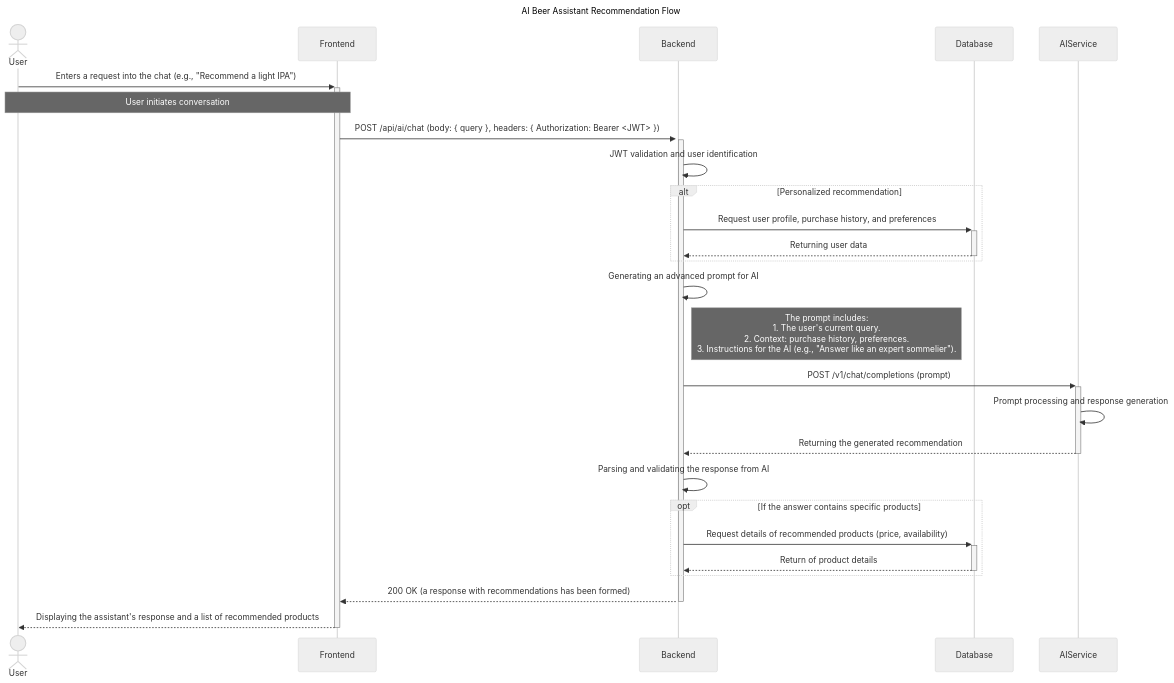
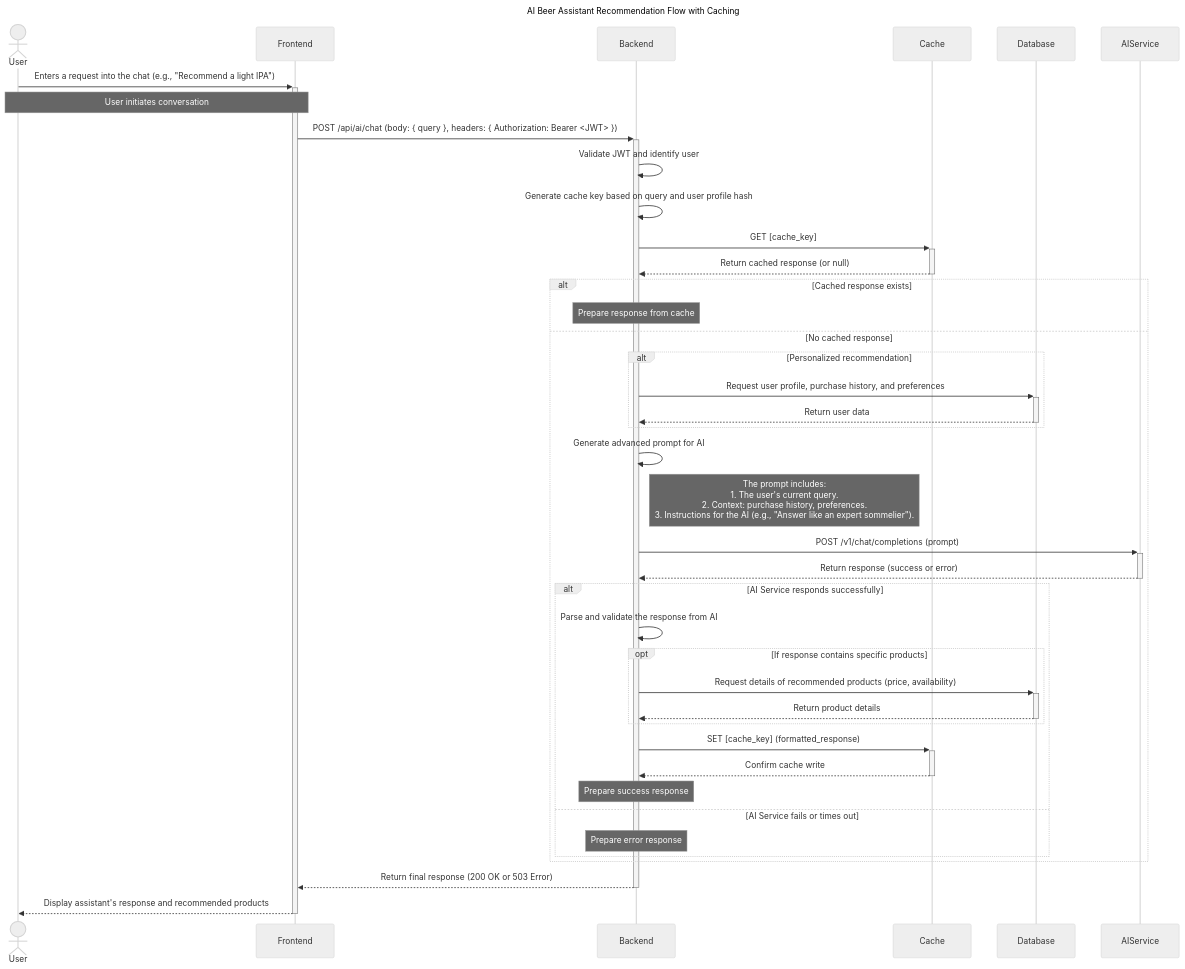
One commit to Beerhood/beer-shop-ai-api changed the diagram in docs/sequence-diagrams/ai-interaction.md. Above: the diagram before and after it, drawn with Mermaid (neutral theme).

Commit message:
docs(ai): add cache in sequence diagram

````diff
--- a/docs/sequence-diagrams/ai-interaction.md
+++ b/docs/sequence-diagrams/ai-interaction.md
@@ -5,42 +5,56 @@
 ```mermaid
 sequenceDiagram
     actor User
     participant Frontend
     participant Backend
+    participant Cache
     participant Database
     participant AIService
 
-    Title: AI Beer Assistant Recommendation Flow
+    Title: AI Beer Assistant Recommendation Flow with Caching
 
     User->>+Frontend: Enters a request into the chat (e.g., "Recommend a light IPA")
     note over User, Frontend: User initiates conversation
 
     Frontend->>+Backend: POST /api/ai/chat (body: { query }, headers: { Authorization: Bearer <JWT> })
 
-    activate Backend
-    Backend->>Backend: JWT validation and user identification
+    Backend->>Backend: Validate JWT and identify user
+    Backend->>Backend: Generate cache key based on query and user profile hash
 
-    alt Personalized recommendation
-        Backend->>+Database: Request user profile, purchase history, and preferences
-        Database-->>-Backend: Returning user data
+    Backend->>+Cache: GET [cache_key]
+    Cache-->>-Backend: Return cached response (or null)
+
+    alt Cached response exists
+        note over Backend: Prepare response from cache
+    else No cached response
+        alt Personalized recommendation
+            Backend->>+Database: Request user profile, purchase history, and preferences
+            Database-->>-Backend: Return user data
+        end
+
+        Backend->>Backend: Generate advanced prompt for AI
+        note right of Backend: The prompt includes:<br/>1. The user's current query.<br/>2. Context: purchase history, preferences.<br/>3. Instructions for the AI (e.g., "Answer like an expert sommelier").
+
+        Backend->>+AIService: POST /v1/chat/completions (prompt)
+        AIService-->>-Backend: Return response (success or error)
+
+        alt AI Service responds successfully
+            Backend->>Backend: Parse and validate the response from AI
+
+            opt If response contains specific products
+                Backend->>+Database: Request details of recommended products (price, availability)
+                Database-->>-Backend: Return product details
+            end
+
+            Backend->>+Cache: SET [cache_key] (formatted_response)
+            Cache-->>-Backend: Confirm cache write
+            note over Backend: Prepare success response
+        else AI Service fails or times out
+            note over Backend: Prepare error response
+        end
     end
 
-    Backend->>Backend: Generating an advanced prompt for AI
-    note right of Backend: The prompt includes:<br/>1. The user's current query.<br/>2. Context: purchase history, preferences.<br/>3. Instructions for the AI ​​(e.g., "Answer like an expert sommelier").
-
-    Backend->>+AIService: POST /v1/chat/completions (prompt)
-    AIService->>AIService: Prompt processing and response generation
-    AIService-->>-Backend: Returning the generated recommendation
-
-    Backend->>Backend: Parsing and validating the response from AI
-
-    opt If the answer contains specific products
-        Backend->>+Database: Request details of recommended products (price, availability)
-        Database-->>-Backend: Return of product details
-    end
-
-    Backend-->>-Frontend: 200 OK (a response with recommendations has been formed)
-
-    Frontend-->>-User: Displaying the assistant's response and a list of recommended products
+    Backend-->>-Frontend: Return final response (200 OK or 503 Error)
+    Frontend-->>-User: Display assistant's response and recommended products
 
 ```
````
